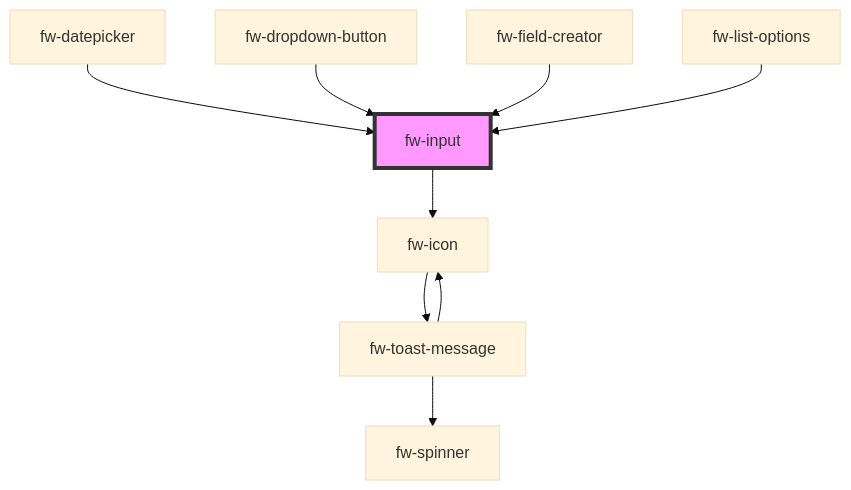
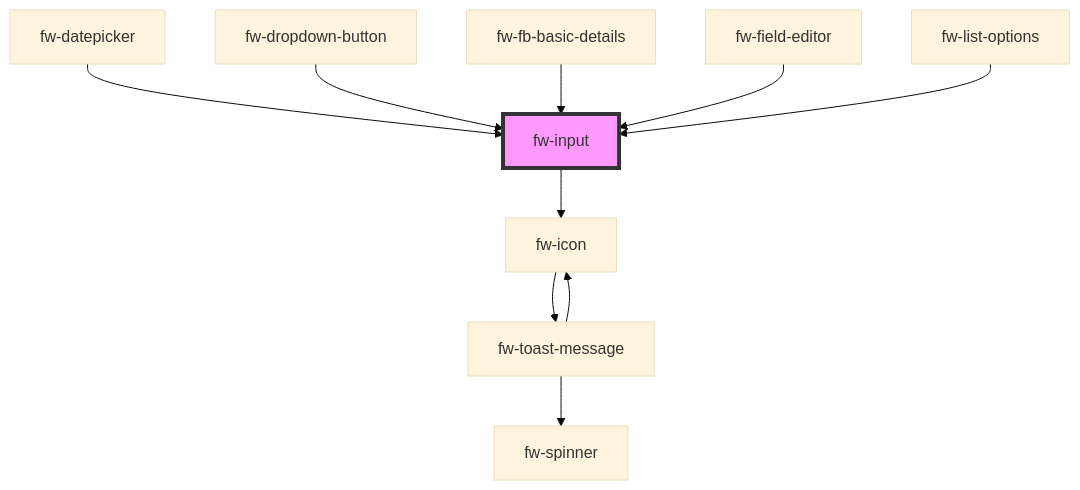
One commit to freshworks/crayons changed the diagram in packages/crayons-core/src/components/input/readme.md. Above: the diagram before and after it, drawn with Mermaid (base theme). The commit also changed other lines of this file and 25 other files, not shown here.

````diff
--- a/packages/crayons-core/src/components/input/readme.md
+++ b/packages/crayons-core/src/components/input/readme.md
@@ -199,12 +200,13 @@
 ```mermaid
 graph TD;
   fw-input --> fw-icon
   fw-icon --> fw-toast-message
   fw-toast-message --> fw-spinner
   fw-toast-message --> fw-icon
   fw-datepicker --> fw-input
   fw-dropdown-button --> fw-input
-  fw-field-creator --> fw-input
+  fw-fb-basic-details --> fw-input
+  fw-field-editor --> fw-input
   fw-list-options --> fw-input
   style fw-input fill:#f9f,stroke:#333,stroke-width:4px
 ```
````
